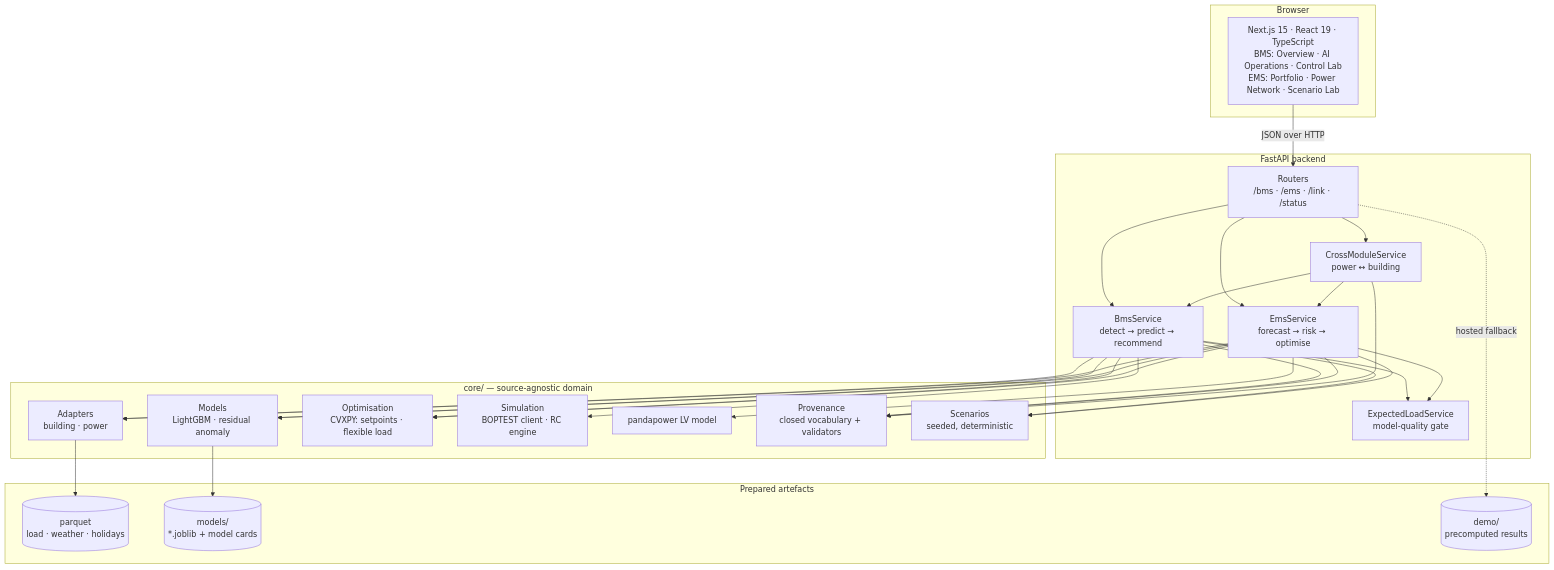
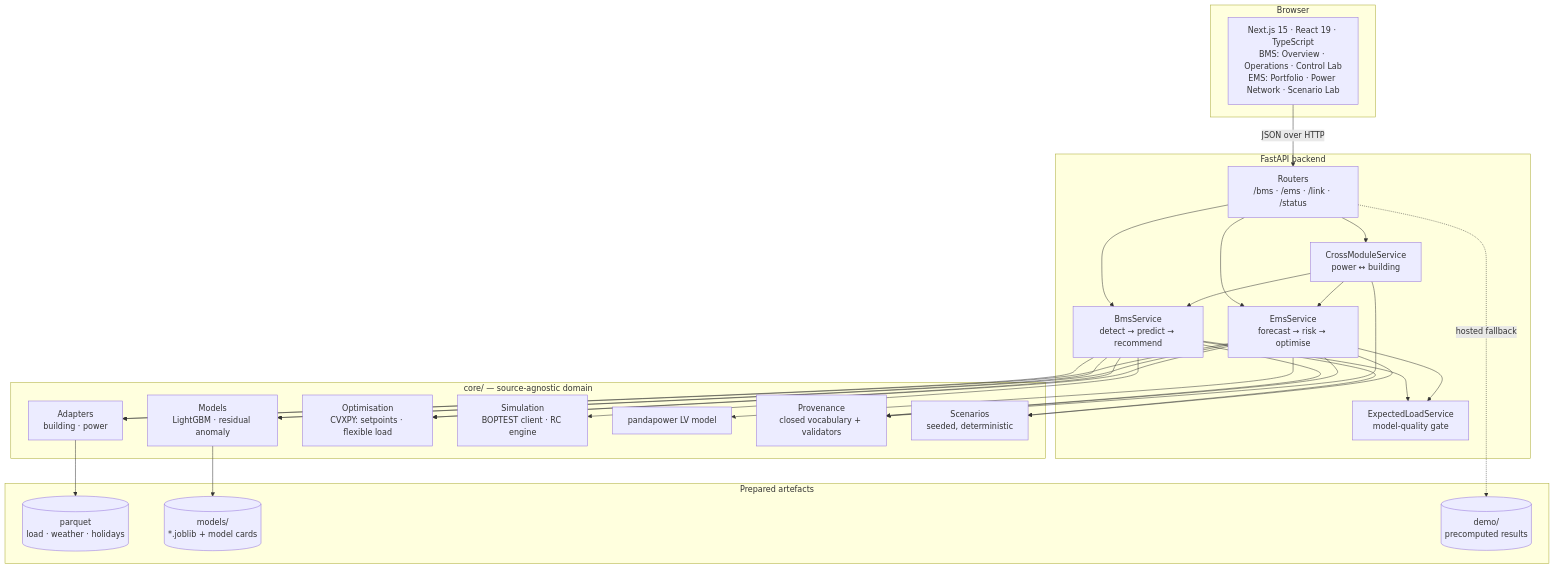
The first of 6 diagrams in docs/architecture.md (jediasaf/BMSEMS-Demo), drawn with Mermaid before and after one commit. The commit also changed 1396 other files, not shown here.

````diff
--- a/docs/architecture.md
+++ b/docs/architecture.md
@@ -5,42 +5,42 @@
 ```mermaid
 flowchart TB
     subgraph browser["Browser"]
-        UI["Next.js 15 · React 19 · TypeScript<br/>BMS: Overview · AI Operations · Control Lab<br/>EMS: Portfolio · Power Network · Scenario Lab"]
+        UI["Next.js 15 · React 19 · TypeScript<br/>BMS: Overview · Operations · Control Lab<br/>EMS: Portfolio · Power Network · Scenario Lab"]
     end
 
     subgraph api["FastAPI backend"]
         R["Routers<br/>/bms · /ems · /link · /status"]
         SB["BmsService<br/>detect → predict → recommend"]
         SE["EmsService<br/>forecast → risk → optimise"]
         SX["CrossModuleService<br/>power ↔ building"]
         EX["ExpectedLoadService<br/>model-quality gate"]
     end
 
     subgraph core["core/ — source-agnostic domain"]
         AD["Adapters<br/>building · power"]
         ML["Models<br/>LightGBM · residual anomaly"]
         OPT["Optimisation<br/>CVXPY: setpoints · flexible load"]
         SIM["Simulation<br/>BOPTEST client · RC engine"]
         NET["pandapower LV model"]
         PROV["Provenance<br/>closed vocabulary + validators"]
         SCN["Scenarios<br/>seeded, deterministic"]
     end
 
     subgraph data["Prepared artefacts"]
         PQ[("parquet<br/>load · weather · holidays")]
         MD[("models/<br/>*.joblib + model cards")]
         DC[("demo/<br/>precomputed results")]
     end
 
     UI -->|JSON over HTTP| R
     R --> SB & SE & SX
     SB & SE --> EX
     SB --> ML & OPT & SIM
     SE --> ML & OPT & NET
     SX --> SB & SE
     SB & SE --> AD & SCN
     AD --> PQ
     ML --> MD
     R -.->|hosted fallback| DC
     SB & SE & SX --> PROV
 ```
````
